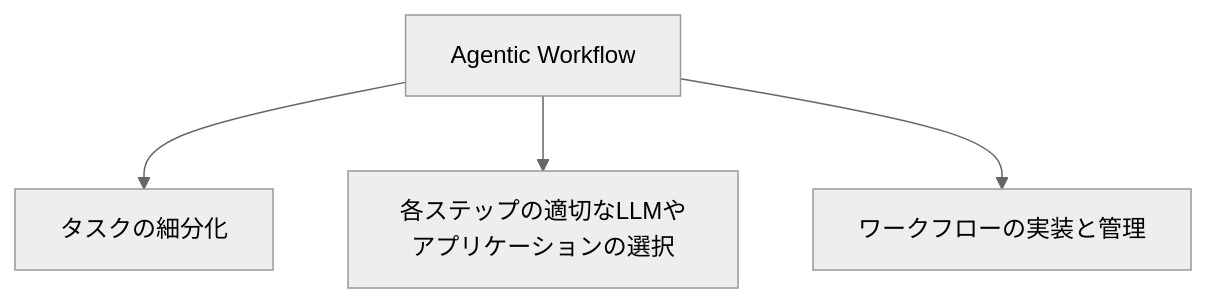
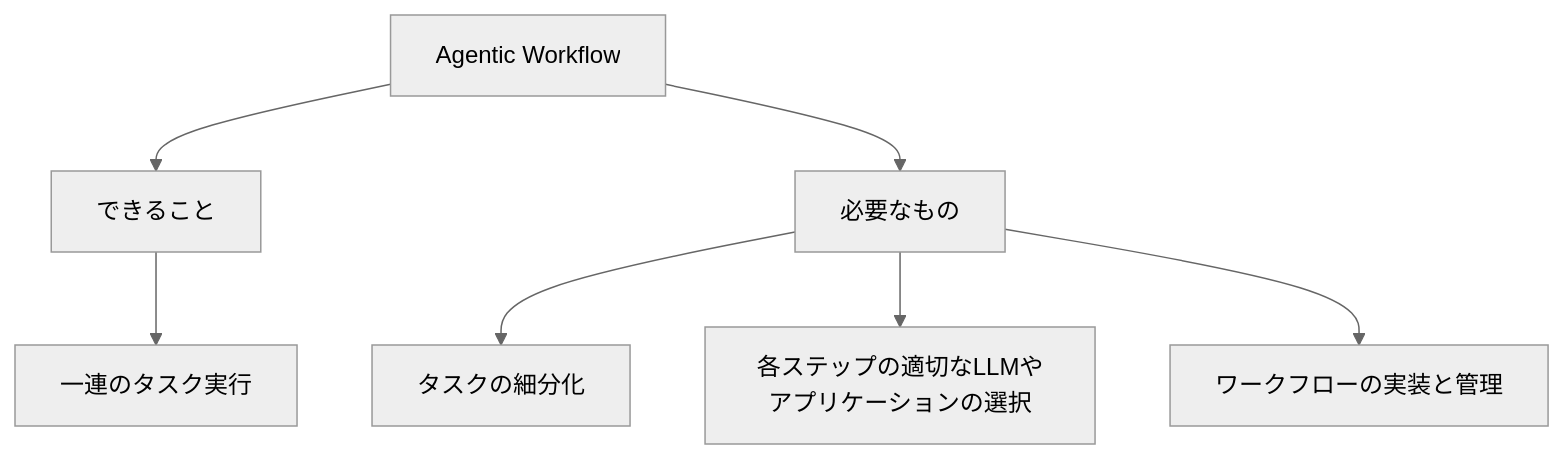
One commit to SparklingDetergent/doc_genai_Proposal_for_introducing_generative_AI_with_emphasis_on_safety changed diagram 11 of 13 in README.md. Above: the diagram before and after it, drawn with Mermaid (neutral theme). The commit also changed other lines of this file, not shown here.

````diff
--- a/README.md
+++ b/README.md
@@ -365,6 +474,9 @@
 ```mermaid
-graph TD;
-    A[Agentic Workflow] --> B[タスクの細分化];
-    A --> C[各ステップの適切なLLMやアプリケーションの選択];
-    A --> D[ワークフローの実装と管理];
+graph TD
+    A[Agentic Workflow] --> B[できること]
+    B --> C[一連のタスク実行]
+    A --> D[必要なもの]
+    D --> E[タスクの細分化]
+    D --> F[各ステップの適切なLLMやアプリケーションの選択]
+    D --> G[ワークフローの実装と管理]
 ```
````
